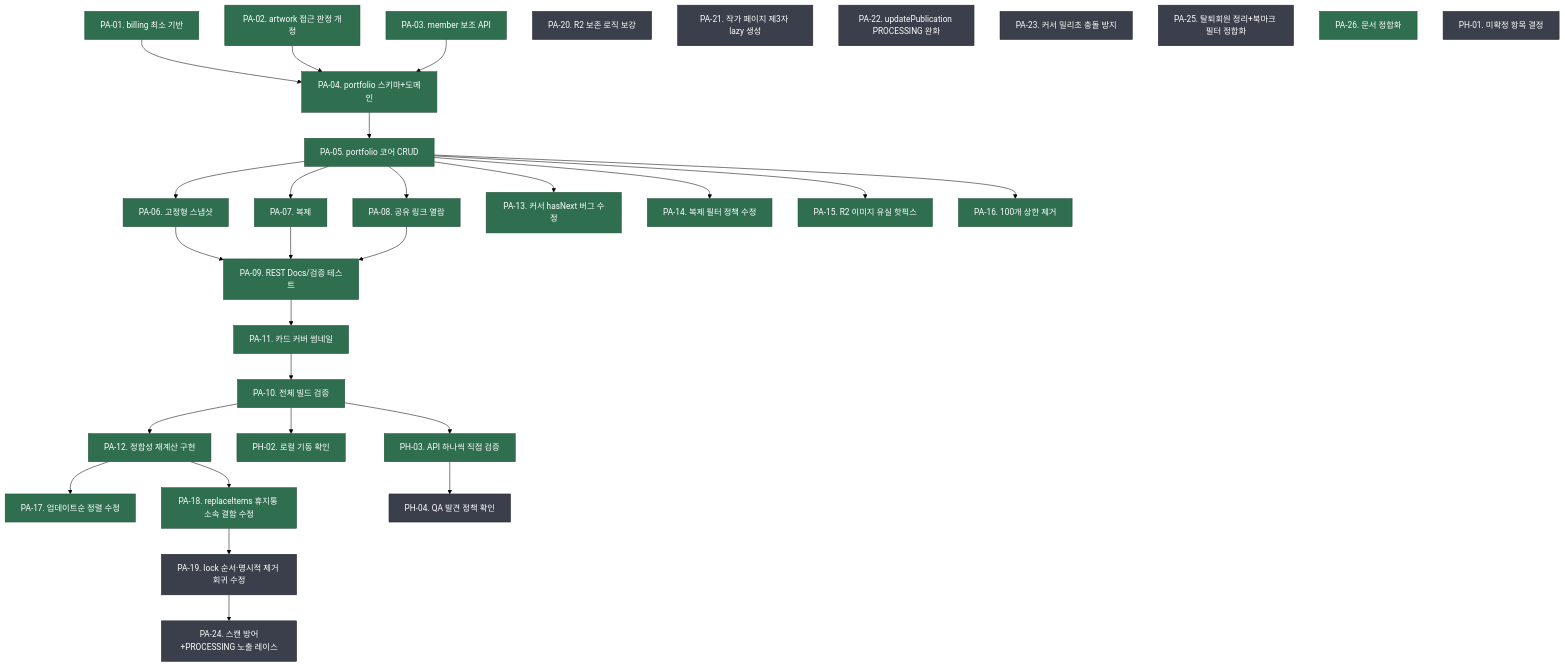
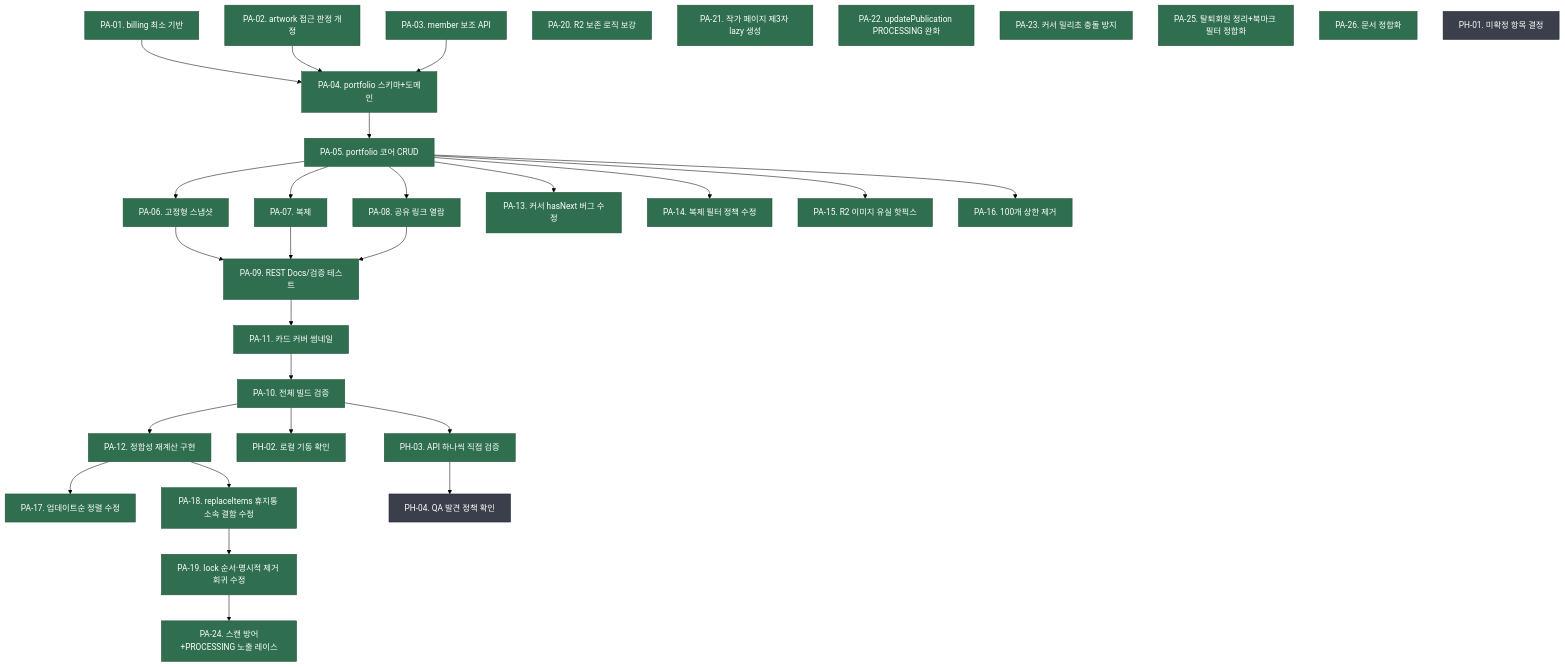
Before and after one commit to pack-in/at-crew-backend: the diagram in plans/260811-portfolio-module/PLAN.md, drawn with Mermaid (forest theme). The commit also changed 18 other files, not shown here.

````diff
--- a/plans/260811-portfolio-module/PLAN.md
+++ b/plans/260811-portfolio-module/PLAN.md
@@ -1,66 +1,66 @@
 ```mermaid
 graph TD
     PA01["PA-01. billing 최소 기반"]
     PA02["PA-02. artwork 접근 판정 개정"]
     PA03["PA-03. member 보조 API"]
     PA04["PA-04. portfolio 스키마+도메인"]
     PA05["PA-05. portfolio 코어 CRUD"]
     PA06["PA-06. 고정형 스냅샷"]
     PA07["PA-07. 복제"]
     PA08["PA-08. 공유 링크 열람"]
     PA09["PA-09. REST Docs/검증 테스트"]
     PA11["PA-11. 카드 커버 썸네일"]
     PA10["PA-10. 전체 빌드 검증"]
     PA12["PA-12. 정합성 재계산 구현"]
     PA13["PA-13. 커서 hasNext 버그 수정"]
     PA14["PA-14. 복제 필터 정책 수정"]
     PA15["PA-15. R2 이미지 유실 핫픽스"]
     PA16["PA-16. 100개 상한 제거"]
     PA17["PA-17. 업데이트순 정렬 수정"]
     PA18["PA-18. replaceItems 휴지통 소속 결함 수정"]
     PA19["PA-19. lock 순서·명시적 제거 회귀 수정"]
     PA20["PA-20. R2 보존 로직 보강"]
     PA21["PA-21. 작가 페이지 제3자 lazy 생성"]
     PA22["PA-22. updatePublication PROCESSING 완화"]
     PA23["PA-23. 커서 밀리초 충돌 방지"]
     PA24["PA-24. 스캔 방어+PROCESSING 노출 레이스"]
     PA25["PA-25. 탈퇴회원 정리+북마크 필터 정합화"]
     PA26["PA-26. 문서 정합화"]
     PH01["PH-01. 미확정 항목 결정"]
     PH02["PH-02. 로컬 기동 확인"]
     PH03["PH-03. API 하나씩 직접 검증"]
     PH04["PH-04. QA 발견 정책 확인"]
 
     PA01 --> PA04
     PA02 --> PA04
     PA03 --> PA04
     PA04 --> PA05
     PA05 --> PA06
     PA05 --> PA07
     PA05 --> PA08
     PA06 --> PA09
     PA07 --> PA09
     PA08 --> PA09
     PA09 --> PA11
     PA11 --> PA10
     PA10 --> PH02
     PA10 --> PH03
     PA10 --> PA12
     PA05 --> PA13
     PA05 --> PA14
     PH03 --> PH04
     PA12 --> PA17
     PA05 --> PA15
     PA05 --> PA16
     PA12 --> PA18
     PA18 --> PA19
     PA19 --> PA24
 
     classDef done fill:#2f6f4f,color:#fff,stroke:#1f4d36
     classDef inprogress fill:#8a6d1e,color:#fff,stroke:#5c4a14
     classDef pending fill:#3a3f4b,color:#fff,stroke:#20232b
     class PA01,PA02,PA03,PA04,PA05,PA06,PA07,PA08,PA09,PA11,PA10,PH02,PH03 done
-    class PA12,PA13,PA14,PA15,PA16,PA17,PA18,PA26 done
-    class PA19,PA20,PA21,PA22,PA23,PA24,PA25,PH04 pending
+    class PA12,PA13,PA14,PA15,PA16,PA17,PA18,PA19,PA20,PA21,PA22,PA23,PA24,PA25,PA26 done
+    class PH04 pending
     class PH01 pending
 ```
````
